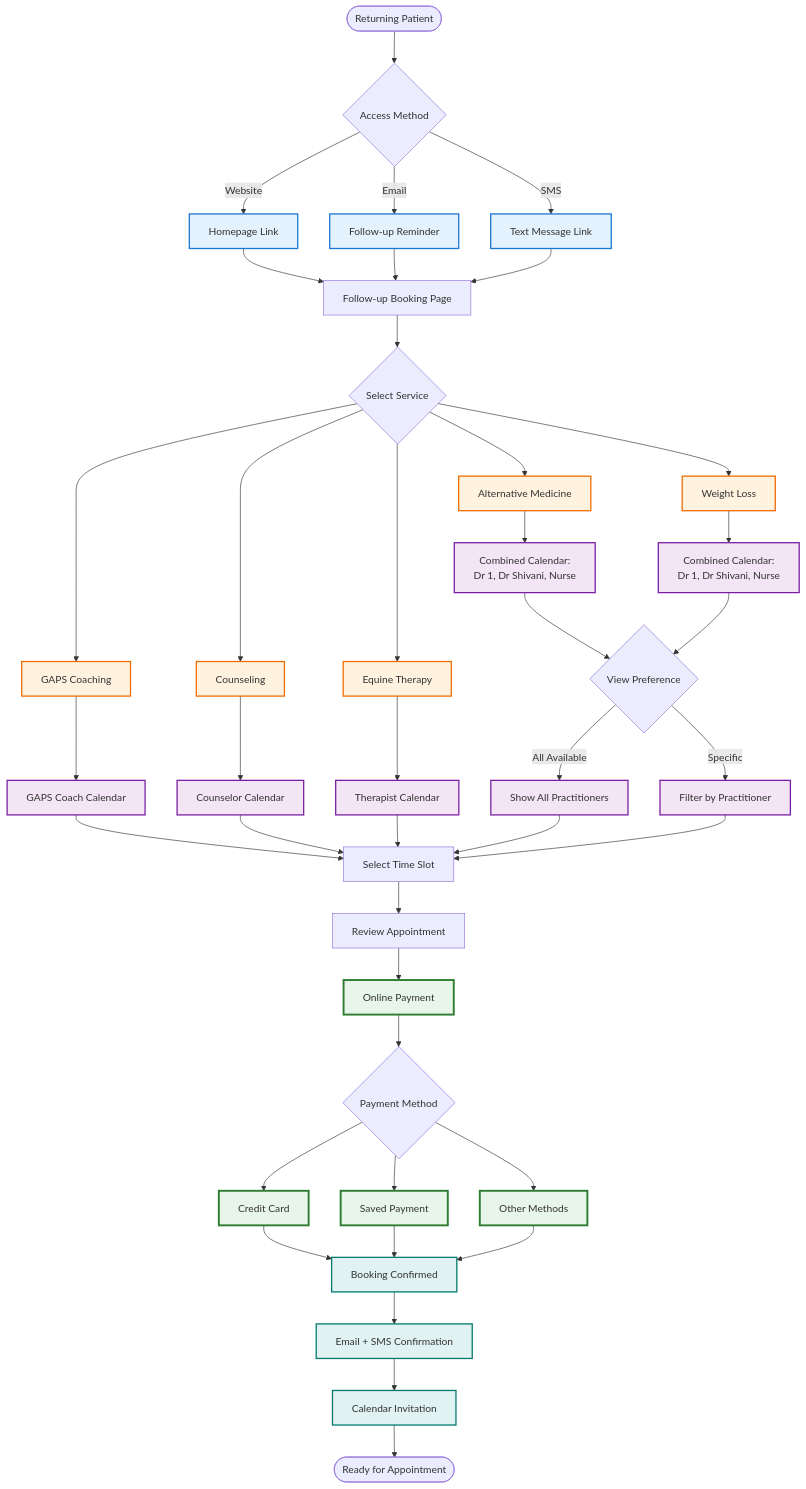
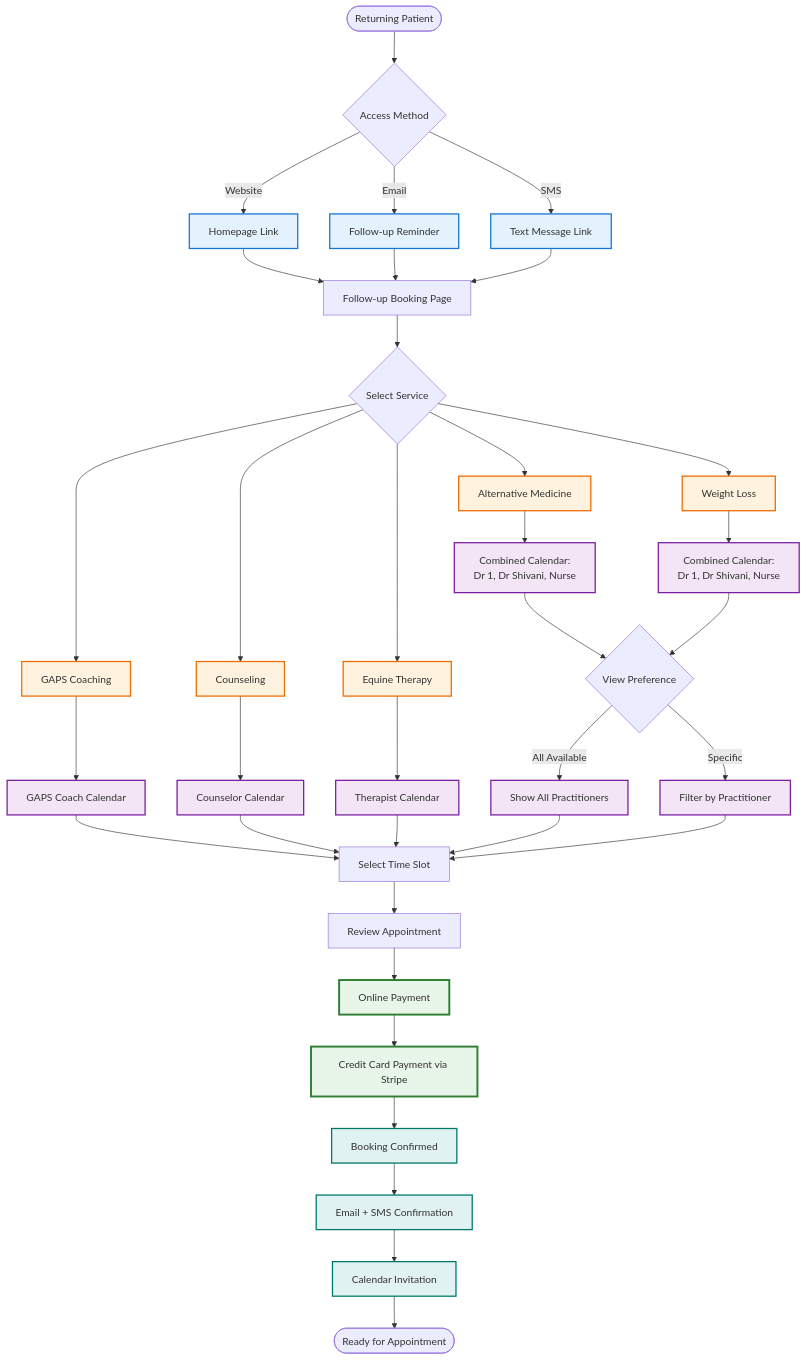
The diagram in flowcharts/3-future-options/fully-operational/returning-patient-flow.md (adaptationio/botanical-updates), drawn with Mermaid before and after one commit. The commit also changed 10 other files, not shown here.

First line of the commit message:
Clarify payment methods - Credit card only

````diff
--- a/flowcharts/3-future-options/fully-operational/returning-patient-flow.md
+++ b/flowcharts/3-future-options/fully-operational/returning-patient-flow.md
@@ -6,74 +6,69 @@
 ```mermaid
 graph TD
     Start([Returning Patient]) --> Access{Access Method}
     
     %% Access Points
     Access -->|Website| Homepage[Homepage Link]
     Access -->|Email| EmailLink[Follow-up Reminder]
     Access -->|SMS| SMSLink[Text Message Link]
     
     %% All lead to follow-up page
     Homepage --> FollowPage[Follow-up Booking Page]
     EmailLink --> FollowPage
     SMSLink --> FollowPage
     
     %% Service Selection
     FollowPage --> SelectService{Select Service}
     
     SelectService --> AltMedFollow[Alternative Medicine]
     SelectService --> GAPSFollow[GAPS Coaching]
     SelectService --> WeightFollow[Weight Loss]
     SelectService --> CounselFollow[Counseling]
     SelectService --> EquineFollow[Equine Therapy]
     
     %% Show Relevant Practitioners
     AltMedFollow --> AltMedCal[Combined Calendar:<br/>Dr 1, Dr Shivani, Nurse]
     GAPSFollow --> GAPSCal[GAPS Coach Calendar]
     WeightFollow --> WeightCal[Combined Calendar:<br/>Dr 1, Dr Shivani, Nurse]
     CounselFollow --> CounselCal[Counselor Calendar]
     EquineFollow --> EquineCal[Therapist Calendar]
     
     %% Calendar View Options
     AltMedCal --> ViewType{View Preference}
     WeightCal --> ViewType
     
     ViewType -->|All Available| AllView[Show All Practitioners]
     ViewType -->|Specific| FilterView[Filter by Practitioner]
     
     GAPSCal --> TimeSelect[Select Time Slot]
     CounselCal --> TimeSelect
     EquineCal --> TimeSelect
     AllView --> TimeSelect
     FilterView --> TimeSelect
     
     %% Booking Completion
     TimeSelect --> ReviewDetails[Review Appointment]
     ReviewDetails --> Payment[Online Payment]
     
-    Payment --> PayType{Payment Method}
-    PayType --> Card[Credit Card]
-    PayType --> Saved[Saved Payment]
-    PayType --> Alternative[Other Methods]
+    Payment --> Card[Credit Card Payment via Stripe]
     
     Card --> Confirmed[Booking Confirmed]
-    Saved --> Confirmed
-    Alternative --> Confirmed
     
     %% Confirmation
     Confirmed --> Notifications[Email + SMS Confirmation]
     Notifications --> CalendarInvite[Calendar Invitation]
     CalendarInvite --> End([Ready for Appointment])
     
     %% Styling
     classDef access fill:#e3f2fd,stroke:#1976d2,stroke-width:2px
     classDef service fill:#fff3e0,stroke:#ef6c00,stroke-width:2px
     classDef calendar fill:#f3e5f5,stroke:#7b1fa2,stroke-width:2px
     classDef payment fill:#e8f5e9,stroke:#2e7d32,stroke-width:3px
     classDef confirm fill:#e0f2f1,stroke:#00796b,stroke-width:2px
     
     class Homepage,EmailLink,SMSLink access
     class AltMedFollow,GAPSFollow,WeightFollow,CounselFollow,EquineFollow service
     class AltMedCal,GAPSCal,WeightCal,CounselCal,EquineCal,AllView,FilterView calendar
     class Payment,Card,Saved,Alternative payment
     class Confirmed,Notifications,CalendarInvite confirm
 ```
````
